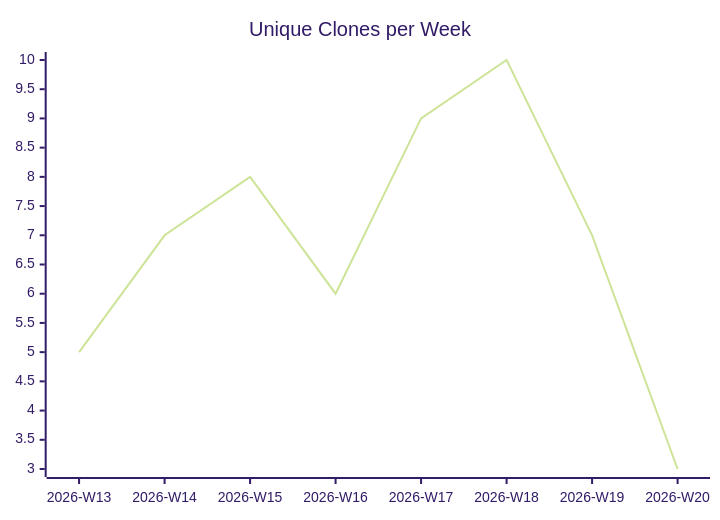
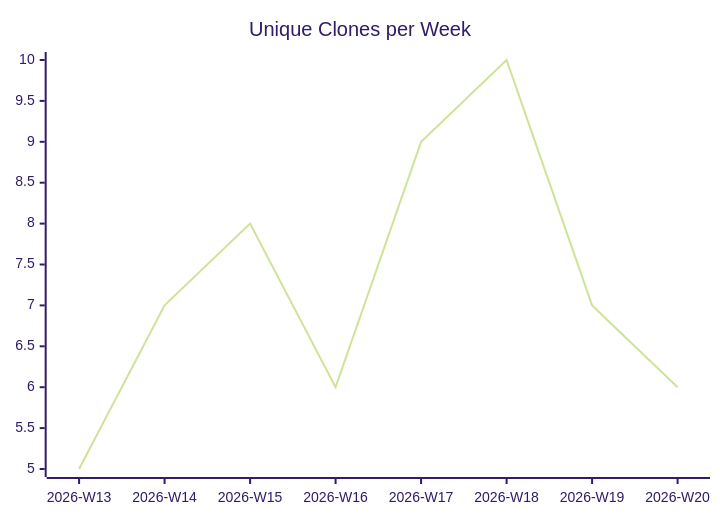
One commit to justdavis-family/github-analytics-data changed the third of 3 diagrams in karlmdavis/ansible-role-jenkins2/README.md. Above: the diagram before and after it, drawn with Mermaid (forest theme). The commit also changed other lines of this file and 192 other files, not shown here.

````diff
--- a/karlmdavis/ansible-role-jenkins2/README.md
+++ b/karlmdavis/ansible-role-jenkins2/README.md
@@ -19,6 +19,6 @@
 ```mermaid
 xychart-beta
   title "Unique Clones per Week"
   x-axis ["2026-W13", "2026-W14", "2026-W15", "2026-W16", "2026-W17", "2026-W18", "2026-W19", "2026-W20"]
-  line [5, 7, 8, 6, 9, 10, 7, 3]
+  line [5, 7, 8, 6, 9, 10, 7, 6]
 ```
````
